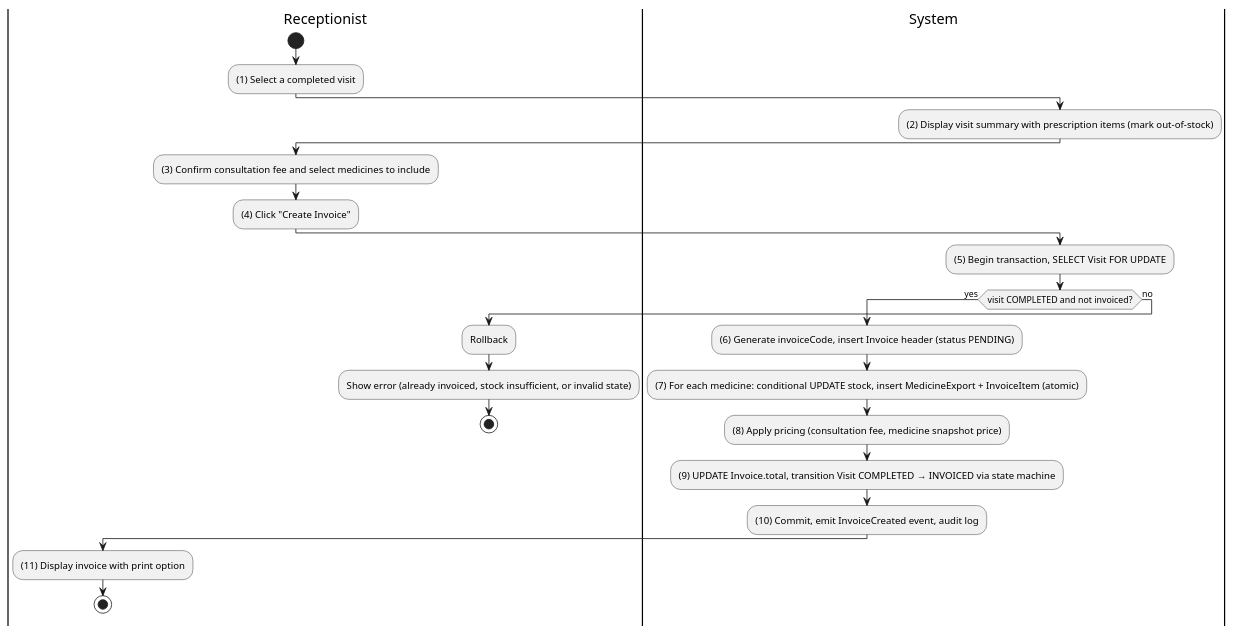
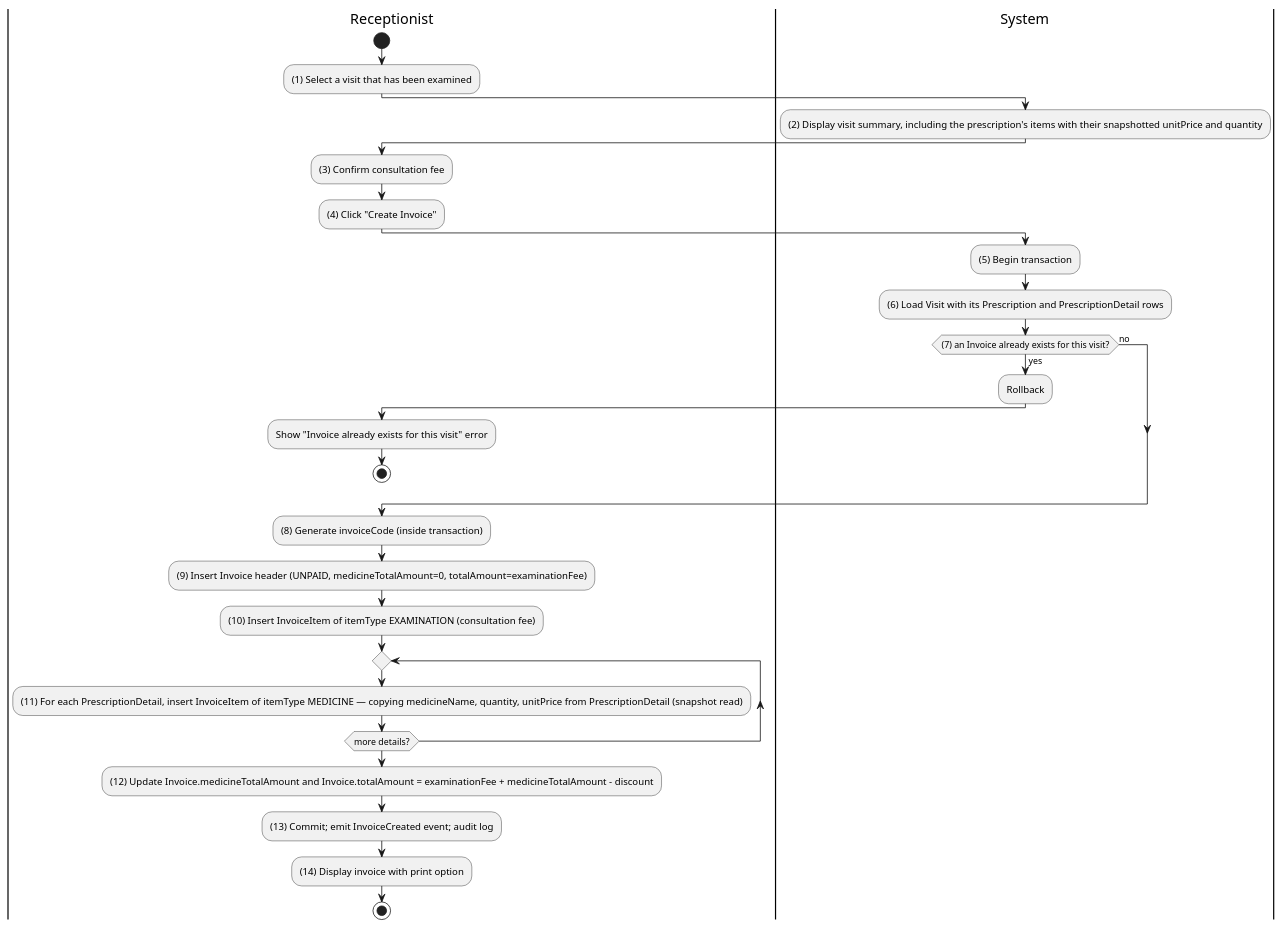
Before and after one commit to MinhThienNguyen040905/SE356---He-thong-phong-kham: diagram 18 of 27 in Docs/SRS.md, drawn with PlantUML. The commit also changed other lines of this file and 2 other files, not shown here.

First line of the commit message:
Refine transaction boundaries and data integrity rules in the Clinic Management System documentation

````diff
--- a/Docs/SRS.md
+++ b/Docs/SRS.md
@@ -1027,29 +1040,33 @@
 ```plantuml
 @startuml
 |Receptionist|
 start
-:(1) Select a completed visit;
+:(1) Select a visit that has been examined;
 |System|
-:(2) Display visit summary with prescription items (mark out-of-stock);
+:(2) Display visit summary, including the prescription's items with their snapshotted unitPrice and quantity;
 |Receptionist|
-:(3) Confirm consultation fee and select medicines to include;
+:(3) Confirm consultation fee;
 :(4) Click "Create Invoice";
 |System|
-:(5) Begin transaction, SELECT Visit FOR UPDATE;
-if (visit COMPLETED and not invoiced?) then (yes)
-  :(6) Generate invoiceCode, insert Invoice header (status PENDING);
-  :(7) For each medicine: conditional UPDATE stock, insert MedicineExport + InvoiceItem (atomic);
-  :(8) Apply pricing (consultation fee, medicine snapshot price);
-  :(9) UPDATE Invoice.total, transition Visit COMPLETED → INVOICED via state machine;
-  :(10) Commit, emit InvoiceCreated event, audit log;
+:(5) Begin transaction;
+:(6) Load Visit with its Prescription and PrescriptionDetail rows;
+if ((7) an Invoice already exists for this visit?) then (yes)
+  :Rollback;
   |Receptionist|
-  :(11) Display invoice with print option;
+  :Show "Invoice already exists for this visit" error;
   stop
 else (no)
-  :Rollback;
-  |Receptionist|
-  :Show error (already invoiced, stock insufficient, or invalid state);
-  stop
 endif
+:(8) Generate invoiceCode (inside transaction);
+:(9) Insert Invoice header (UNPAID, medicineTotalAmount=0, totalAmount=examinationFee);
+:(10) Insert InvoiceItem of itemType EXAMINATION (consultation fee);
+repeat
+  :(11) For each PrescriptionDetail, insert InvoiceItem of itemType MEDICINE — copying medicineName, quantity, unitPrice from PrescriptionDetail (snapshot read);
+repeat while (more details?)
+:(12) Update Invoice.medicineTotalAmount and Invoice.totalAmount = examinationFee + medicineTotalAmount - discount;
+:(13) Commit; emit InvoiceCreated event; audit log;
+|Receptionist|
+:(14) Display invoice with print option;
+stop
 @enduml
 ```
````
